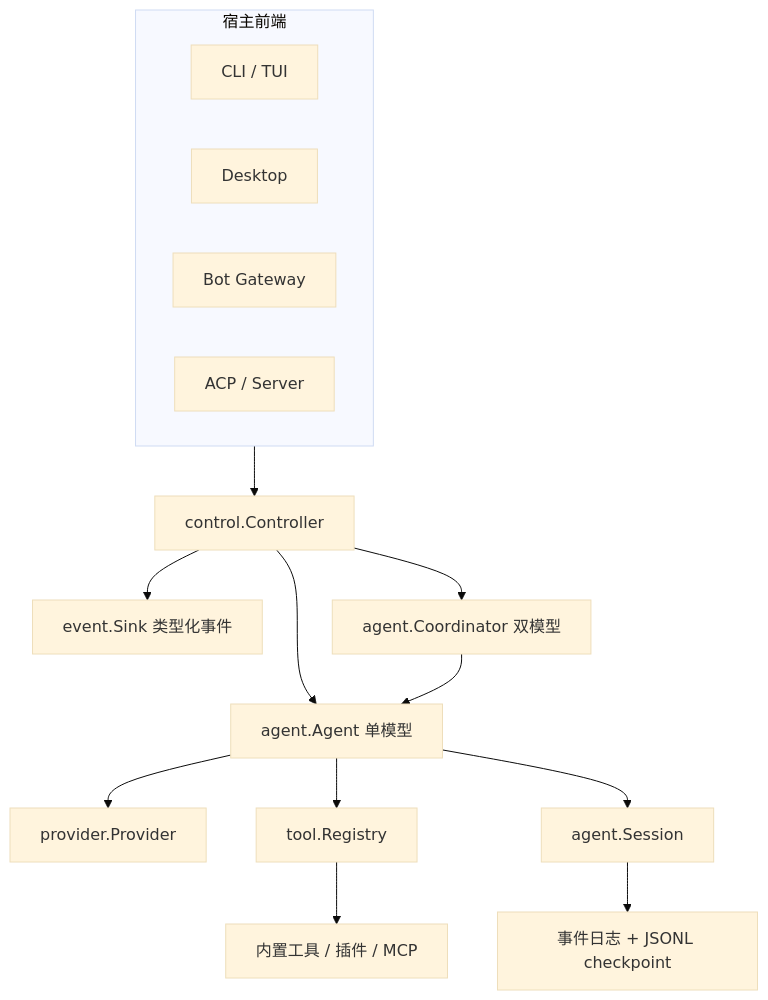
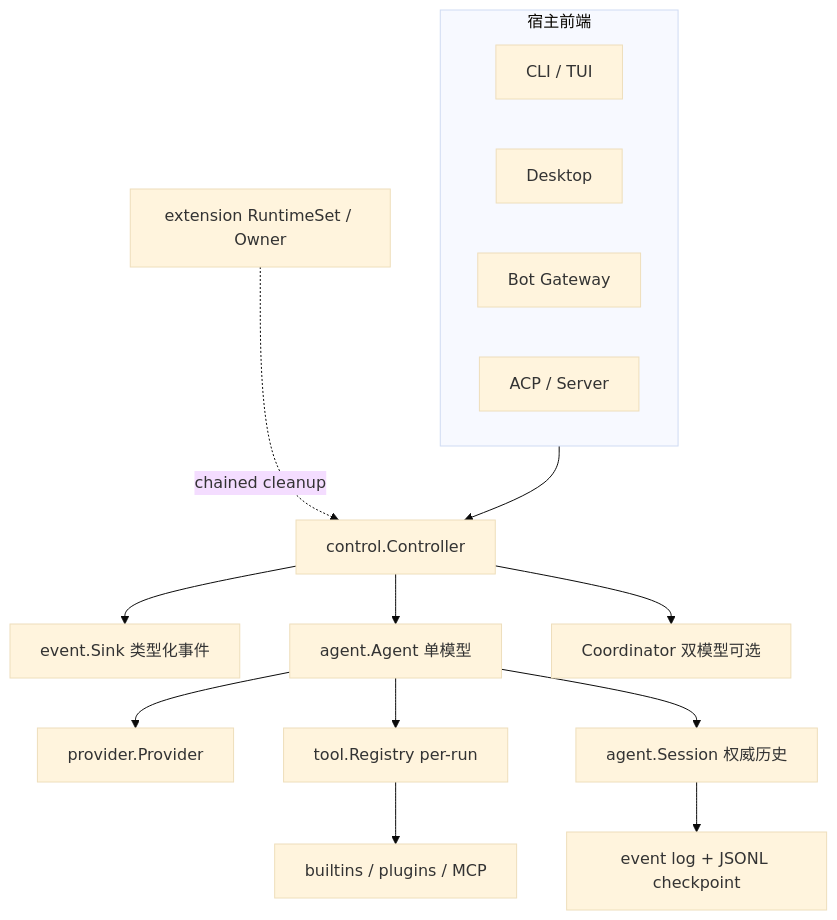
Before and after one commit to xiaoslin9153/awesome-agent-harness-tutorial: the first of 2 diagrams in tutorial/zh-CN/03-frameworks/reasonix/overview.md, drawn with Mermaid (base theme). The commit also changed other lines of this file and 3 other files, not shown here.

````diff
--- a/tutorial/zh-CN/03-frameworks/reasonix/overview.md
+++ b/tutorial/zh-CN/03-frameworks/reasonix/overview.md
@@ -46,20 +45,20 @@
 ```mermaid
 flowchart TD
   subgraph Hosts[宿主前端]
     CLI[CLI / TUI]
     Desktop[Desktop]
     Bot[Bot Gateway]
     ACP[ACP / Server]
   end
 
   Hosts --> C[control.Controller]
   C --> E[event.Sink 类型化事件]
   C --> A1[agent.Agent 单模型]
-  C --> A2[agent.Coordinator 双模型]
+  C --> A2[Coordinator 双模型可选]
   A1 --> P[provider.Provider]
-  A1 --> T[tool.Registry]
-  A1 --> S[agent.Session]
-  A2 --> A1
-  T --> X[内置工具 / 插件 / MCP]
-  S --> D[事件日志 + JSONL checkpoint]
+  A1 --> T[tool.Registry per-run]
+  A1 --> S[agent.Session 权威历史]
+  T --> X[builtins / plugins / MCP]
+  S --> D[event log + JSONL checkpoint]
+  R[extension RuntimeSet / Owner] -.chained cleanup.-> C
 ```
````
